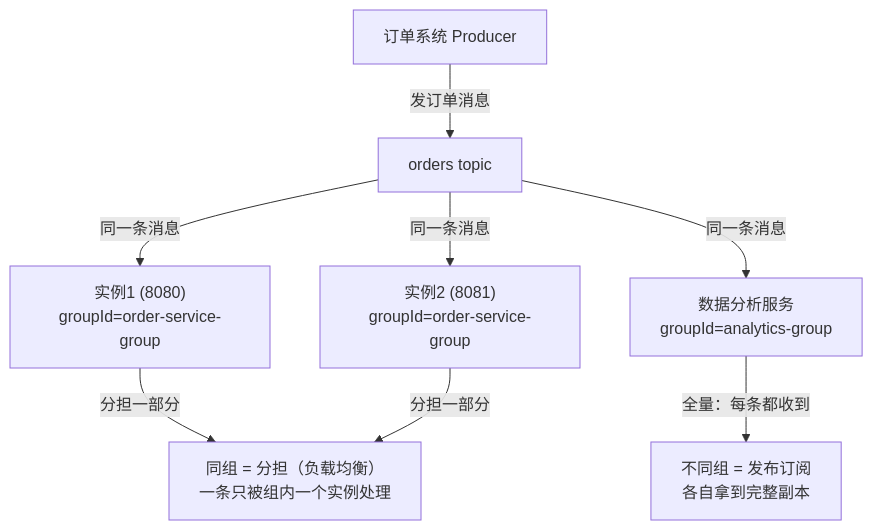
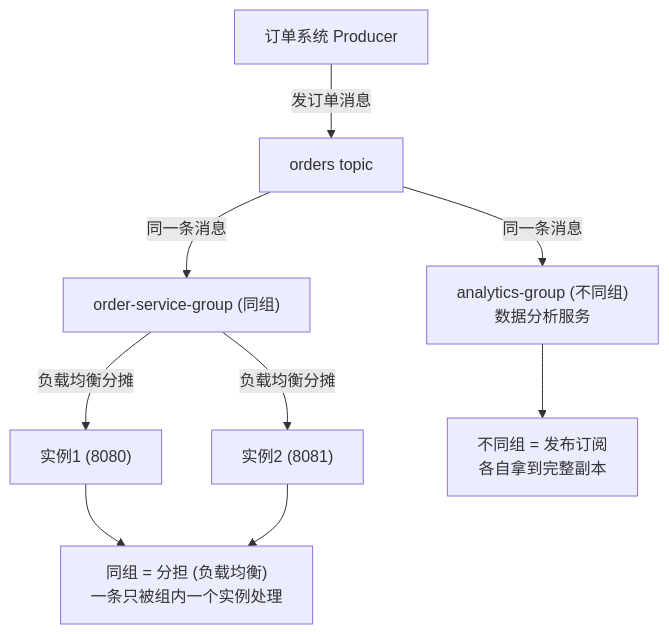
One commit to UranusGit/java-agent-learn changed the second of 6 diagrams in docs/附录/Kafka消息队列实战专题/05-全知识点实践项目.md. Above: the diagram before and after it, drawn with Mermaid. The commit also changed other lines of this file and 137 other files, not shown here.

First line of the commit message:
docs全库mermaid图质量深化：改写残留字符画、补缺图、修坏图

````diff
--- a/docs/附录/Kafka消息队列实战专题/05-全知识点实践项目.md
+++ b/docs/附录/Kafka消息队列实战专题/05-全知识点实践项目.md
@@ -266,10 +266,11 @@
 ```mermaid
 flowchart TD
     Prod["订单系统 Producer"] -->|"发订单消息"| Topic["orders topic"]
-    Topic -->|"同一条消息"| I1["实例1 (8080)<br/>groupId=order-service-group"]
-    Topic -->|"同一条消息"| I2["实例2 (8081)<br/>groupId=order-service-group"]
-    Topic -->|"同一条消息"| A1["数据分析服务<br/>groupId=analytics-group"]
-    I1 -->|"分担一部分"| Load["同组 = 分担（负载均衡）<br/>一条只被组内一个实例处理"]
-    I2 -->|"分担一部分"| Load
-    A1 -->|"全量：每条都收到"| Pub["不同组 = 发布订阅<br/>各自拿到完整副本"]
+    Topic -->|"同一条消息"| GS["order-service-group (同组)"]
+    GS -->|"负载均衡分摊"| I1["实例1 (8080)"]
+    GS -->|"负载均衡分摊"| I2["实例2 (8081)"]
+    I1 --> Load["同组 = 分担 (负载均衡)<br/>一条只被组内一个实例处理"]
+    I2 --> Load
+    Topic -->|"同一条消息"| A1["analytics-group (不同组)<br/>数据分析服务"]
+    A1 --> Pub["不同组 = 发布订阅<br/>各自拿到完整副本"]
 ```
````
